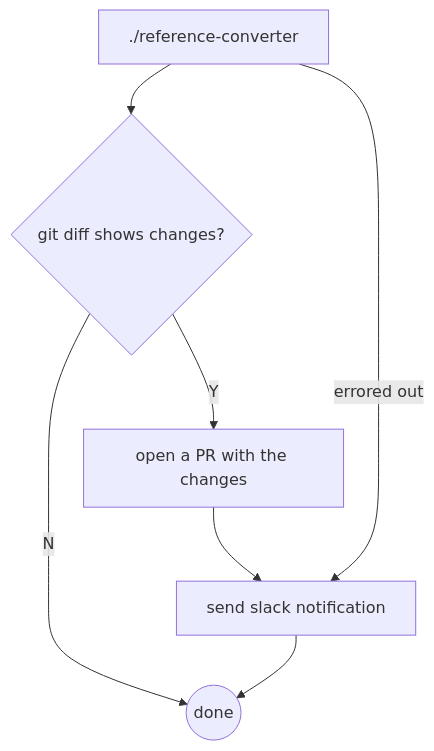
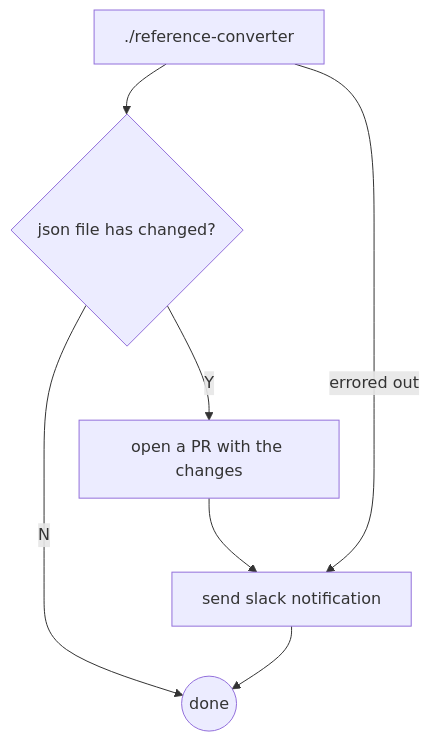
The second of 2 diagrams in reference-converter/README.md (nginx/nginx-directive-reference), drawn with Mermaid before and after one commit. The commit also changed other lines of this file, not shown here.

````diff
--- a/reference-converter/README.md
+++ b/reference-converter/README.md
@@ -31,12 +25,12 @@
 ```mermaid
 flowchart
     run[./reference-converter]
-    diff{git diff shows changes?}
+    diff{json file has changed?}
     open[open a PR with the changes]
     slack[send slack notification]
     done((done))
 
     run --> diff -->|N| done
     diff -->|Y| open --> slack --> done
     run -->|errored out| slack
 ```
````
